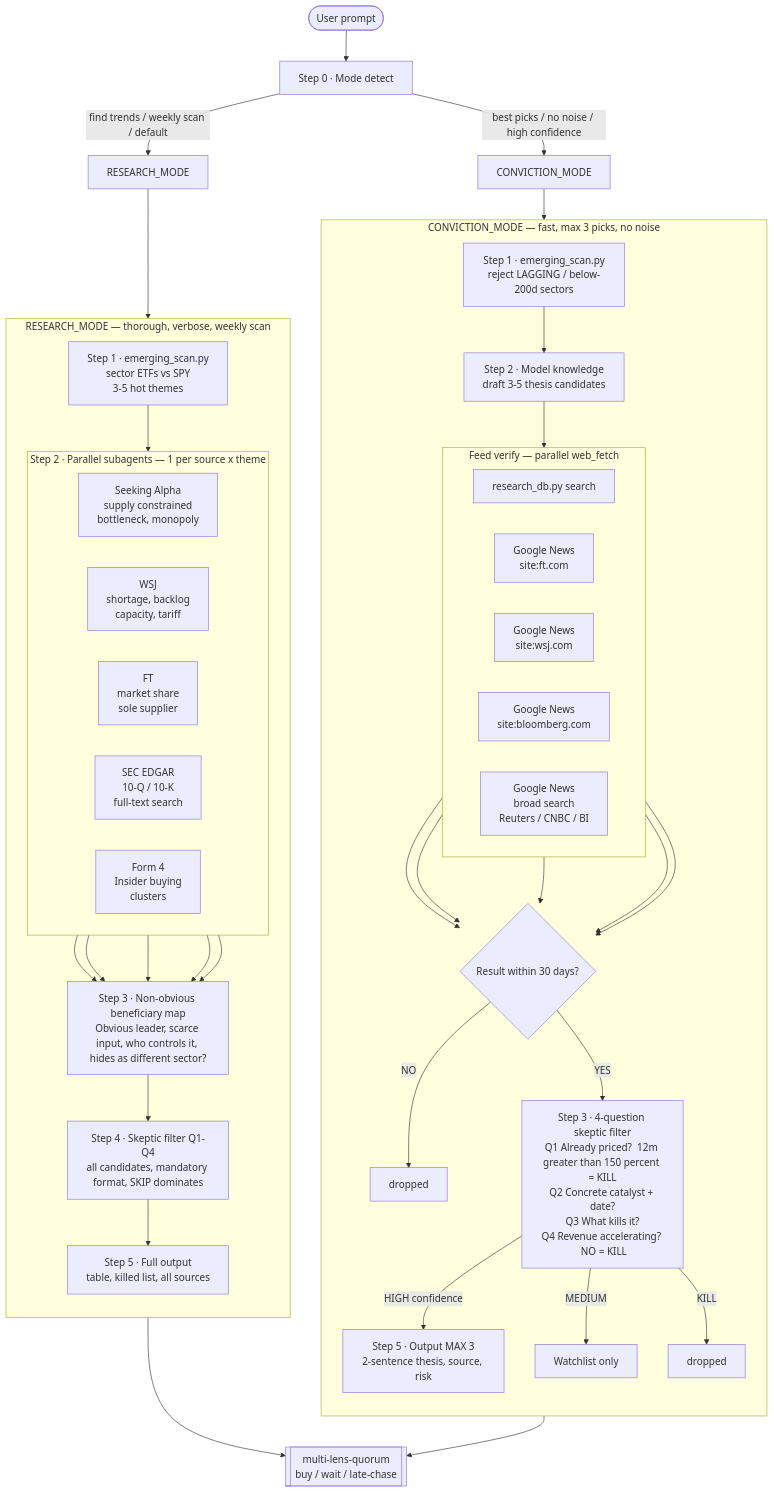
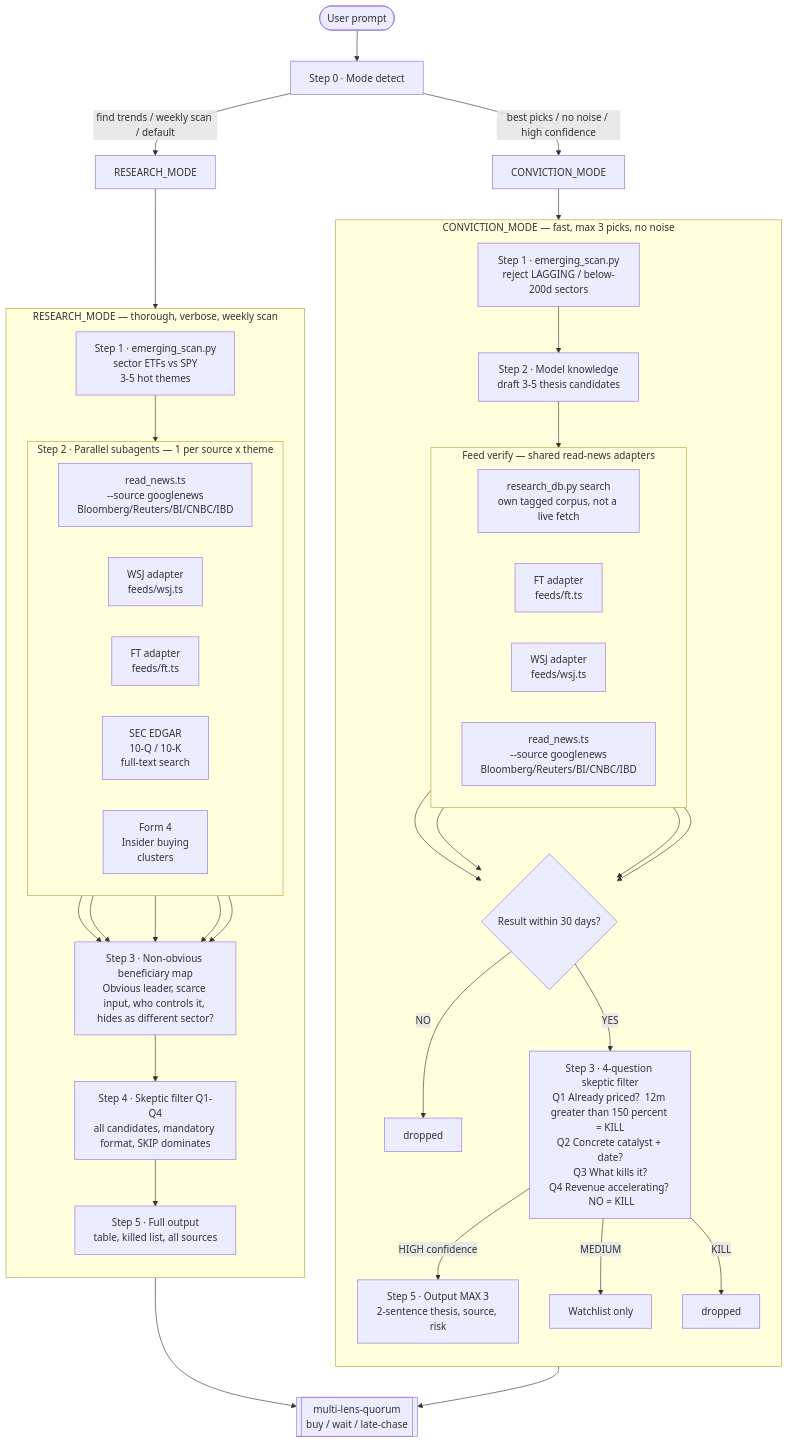
The diagram in .agents/skills/stocks-trend-screener/README.md (dzianisv/NonFinancialAdviceAgents), drawn with Mermaid before and after one commit. The commit also changed other lines of this file and 31 other files, not shown here.

```diff
--- a/.agents/skills/stocks-trend-screener/README.md
+++ b/.agents/skills/stocks-trend-screener/README.md
@@ -24,18 +24,17 @@
         CS2["Step 2 · Model knowledge
 draft 3-5 thesis candidates"]
 
-        subgraph CFEEDS ["Feed verify — parallel web_fetch"]
+        subgraph CFEEDS ["Feed verify — shared read-news adapters"]
             direction LR
-            DB2["research_db.py search"]
-            FT["Google News
-site:ft.com"]
-            WSJ["Google News
-site:wsj.com"]
-            BL["Google News
-site:bloomberg.com"]
-            GN["Google News
-broad search
-Reuters / CNBC / BI"]
+            DB2["research_db.py search
+own tagged corpus, not a live fetch"]
+            FT["FT adapter
+feeds/ft.ts"]
+            WSJ["WSJ adapter
+feeds/wsj.ts"]
+            GN["read_news.ts
+--source googlenews
+Bloomberg/Reuters/BI/CNBC/IBD"]
         end
 
         CDROP{"Result within 30 days?"}
@@ -48,7 +47,7 @@
 2-sentence thesis, source, risk"]
 
         CS1 --> CS2 --> CFEEDS
-        DB2 & FT & WSJ & BL & GN --> CDROP
+        DB2 & FT & WSJ & GN --> CDROP
         CDROP -->|NO| TRASH1["dropped"]
         CDROP -->|YES| CS3
         CS3 -->|HIGH confidence| COUT
@@ -64,15 +63,13 @@
 
         subgraph RSUBS ["Step 2 · Parallel subagents — 1 per source x theme"]
             direction LR
-            SA["Seeking Alpha
-supply constrained
-bottleneck, monopoly"]
-            WSJ2["WSJ
-shortage, backlog
-capacity, tariff"]
-            FT2["FT
-market share
-sole supplier"]
+            GN2["read_news.ts
+--source googlenews
+Bloomberg/Reuters/BI/CNBC/IBD"]
+            WSJ2["WSJ adapter
+feeds/wsj.ts"]
+            FT2["FT adapter
+feeds/ft.ts"]
             EDGAR["SEC EDGAR
 10-Q / 10-K
 full-text search"]
@@ -89,7 +86,7 @@
 table, killed list, all sources"]
 
         RS1 --> RSUBS
-        SA & WSJ2 & FT2 & EDGAR & F4 --> RS3
+        GN2 & WSJ2 & FT2 & EDGAR & F4 --> RS3
         RS3 --> RS4 --> RS5
     end
 
```
